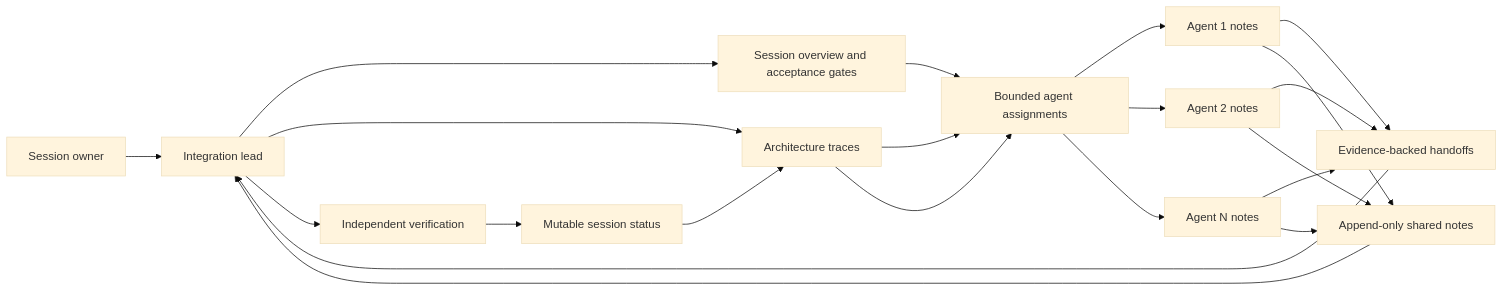
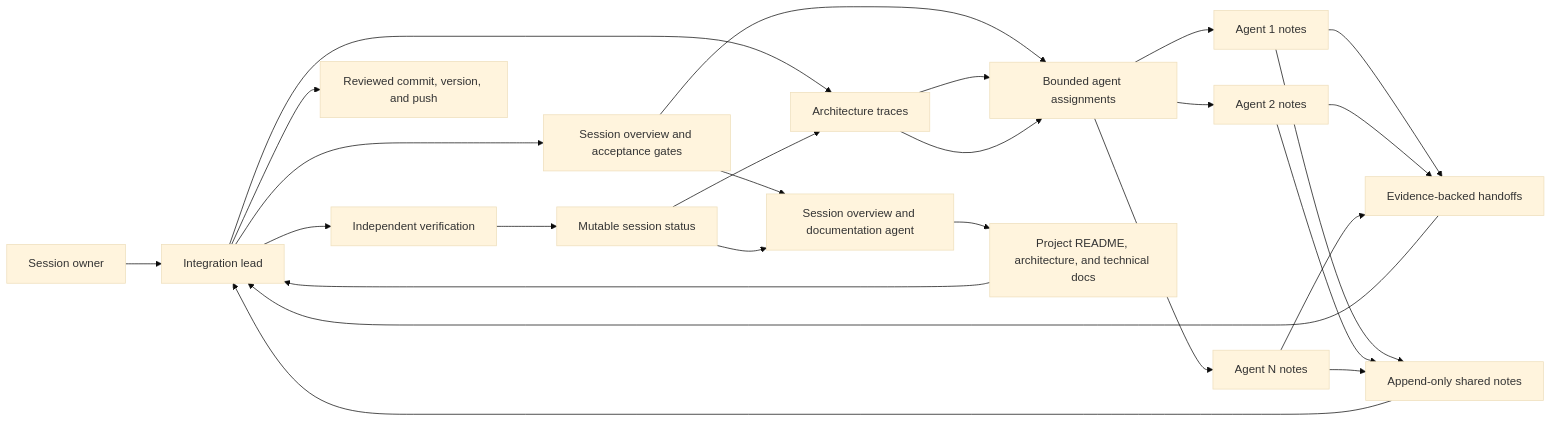
Before and after one commit to naomijnguyen/bootwitch-agents: the diagram in ARCHITECTURE.md, drawn with Mermaid (base theme). The commit also changed other lines of this file and 11 other files, not shown here.

Commit message:
feat: add session documentation ownership

````diff
--- a/ARCHITECTURE.md
+++ b/ARCHITECTURE.md
@@ -5,26 +5,31 @@
 ```mermaid
 flowchart LR
     J[Session owner] --> L[Integration lead]
     L --> O[Session overview and acceptance gates]
     L --> A[Architecture traces]
     O --> W[Bounded agent assignments]
     A --> W
+    O --> DOC[Session overview and documentation agent]
 
     W --> N1[Agent 1 notes]
     W --> N2[Agent 2 notes]
     W --> N3[Agent N notes]
 
     N1 --> H[Evidence-backed handoffs]
     N2 --> H
     N3 --> H
     N1 --> S[Append-only shared notes]
     N2 --> S
     N3 --> S
 
     S --> L
     H --> L
     L --> V[Independent verification]
     V --> T[Mutable session status]
+    T --> DOC
+    DOC --> PD[Project README, architecture, and technical docs]
+    PD --> L
+    L --> G[Reviewed commit, version, and push]
     T --> A
     A --> W
 ```
````
